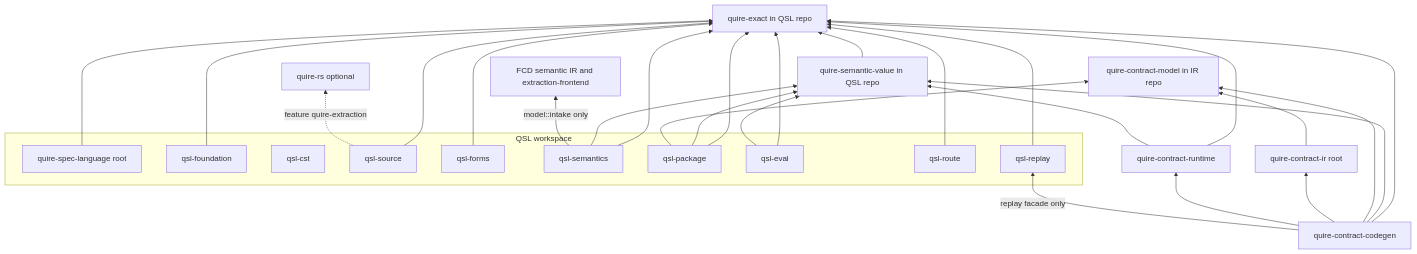
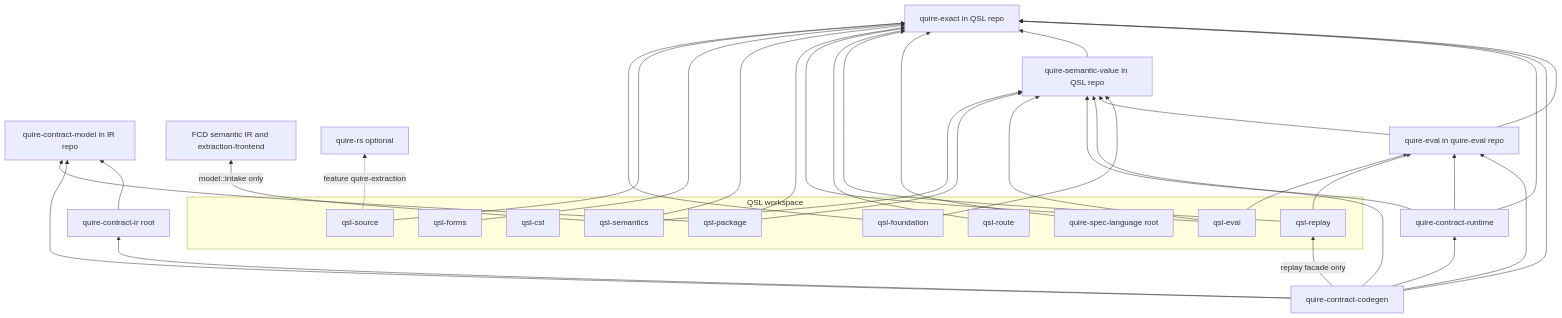
The second of 2 diagrams in spec/decisions/ADR-011-stage-dag-and-dependency-architecture.md (agent-ix/quire-spec-language), drawn with Mermaid before and after one commit. The commit also changed other lines of this file and 7 other files, not shown here.

First line of the commit message:
STD-298: evaluation leaf crate quire-eval and interface vocabulary placement (FR-401, ADR-011 layer E)

````diff
--- a/spec/decisions/ADR-011-stage-dag-and-dependency-architecture.md
+++ b/spec/decisions/ADR-011-stage-dag-and-dependency-architecture.md
@@ -992,38 +1012,44 @@
 ```mermaid
 flowchart BT
   QX[quire-exact in QSL repo]
   SV[quire-semantic-value in QSL repo]
   subgraph QSLW[QSL workspace]
     QSL[quire-spec-language root]
     QFO[qsl-foundation]
     QCS[qsl-cst]
     QSO[qsl-source]
     QFM[qsl-forms]
     QSE[qsl-semantics]
     QPK[qsl-package]
     QEV[qsl-eval]
     QRO[qsl-route]
     QRP[qsl-replay]
   end
   CM[quire-contract-model in IR repo]
   IR[quire-contract-ir root]
   RT[quire-contract-runtime]
   CG[quire-contract-codegen]
   FCD[FCD semantic IR and extraction-frontend]
   QRS[quire-rs optional]
+  QEL[quire-eval in quire-eval repo]
   QFO & QSO & QFM & QSE & QPK & QEV & QRO & QRP & QSL --> QX
   QSE & QPK & QEV --> SV
   SV --> QX
   QPK --> CM
   QSE -->|model::intake only| FCD
   QSO -.->|feature quire-extraction| QRS
   RT --> QX
   RT --> SV
   CG --> QX
   CG --> SV
   CG --> CM
   CG --> IR
   CG --> RT
   CG -->|replay facade only| QRP
   IR --> CM
+  QEL --> SV & QX
+  QFO --> SV
+  QEV & QRP --> QEL
+  RT --> QEL
+  CG --> QEL
 ```
````
